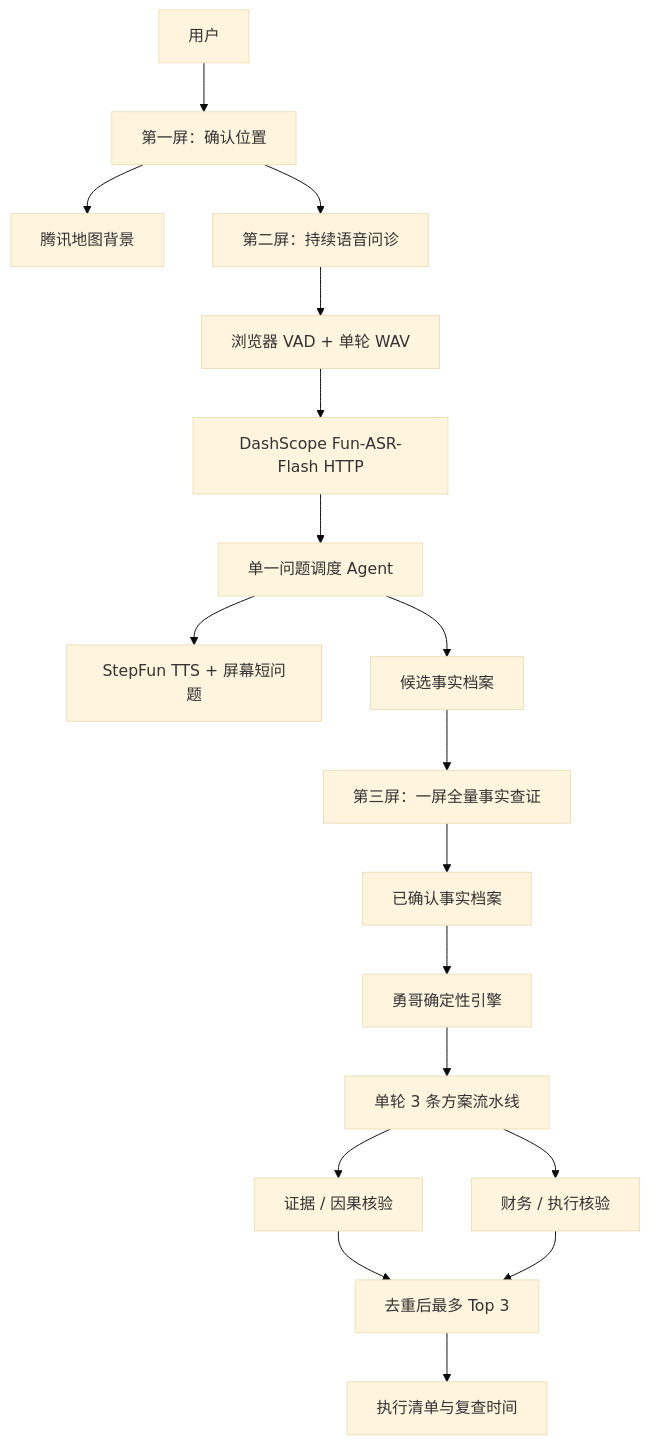
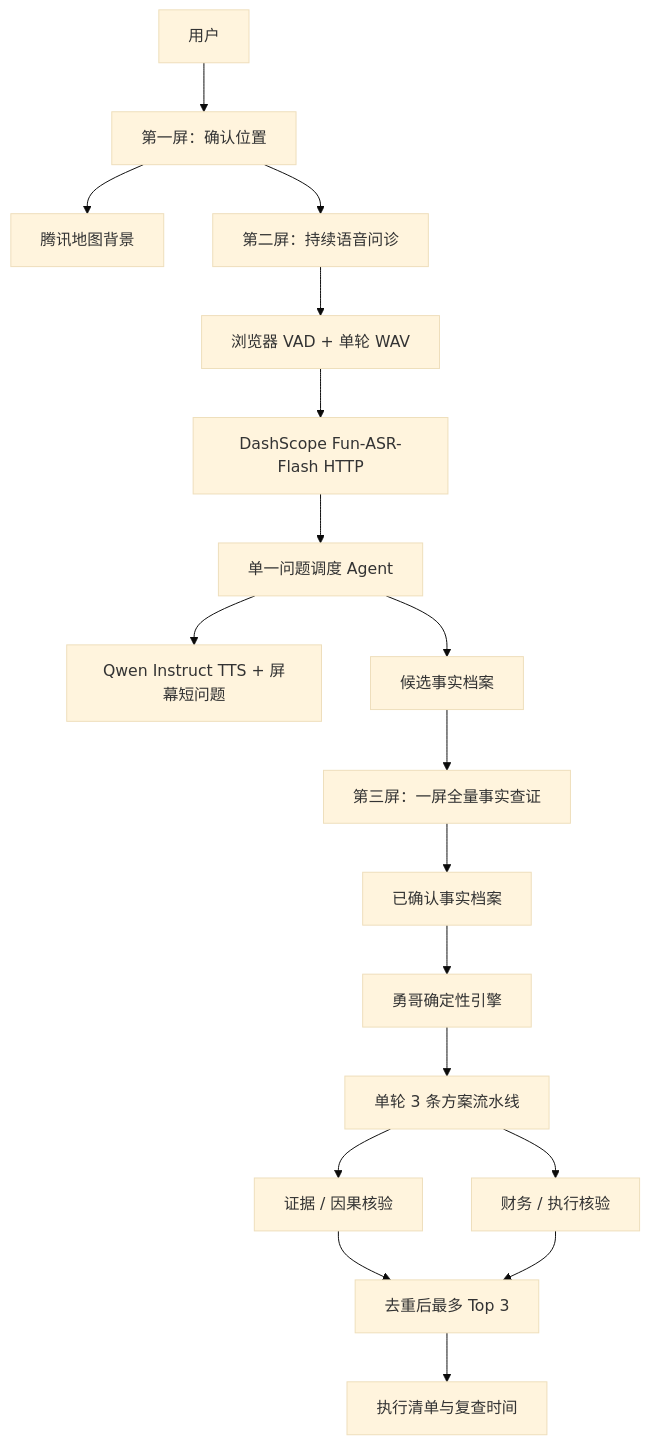
The first of 2 diagrams in ARCHITECTURE.md (Vist233/AdventureX-ShopLooker), drawn with Mermaid (base theme) before and after one commit. The commit also changed other lines of this file and 9 other files, not shown here.

Commit message:
feat: use qwen instruct tts

````diff
--- a/ARCHITECTURE.md
+++ b/ARCHITECTURE.md
@@ -14,20 +14,20 @@
 ```mermaid
 flowchart TD
   U["用户"] --> L["第一屏：确认位置"]
   L --> MAP["腾讯地图背景"]
   L --> I["第二屏：持续语音问诊"]
   I --> VAD["浏览器 VAD + 单轮 WAV"]
   VAD --> ASR["DashScope Fun-ASR-Flash HTTP"]
   ASR --> Q["单一问题调度 Agent"]
-  Q --> TTS["StepFun TTS + 屏幕短问题"]
+  Q --> TTS["Qwen Instruct TTS + 屏幕短问题"]
   Q --> F["候选事实档案"]
   F --> R["第三屏：一屏全量事实查证"]
   R --> CF["已确认事实档案"]
   CF --> D["勇哥确定性引擎"]
   D --> S["单轮 3 条方案流水线"]
   S --> V1["证据 / 因果核验"]
   S --> V2["财务 / 执行核验"]
   V1 --> TOP["去重后最多 Top 3"]
   V2 --> TOP
   TOP --> X["执行清单与复查时间"]
 ```
````
